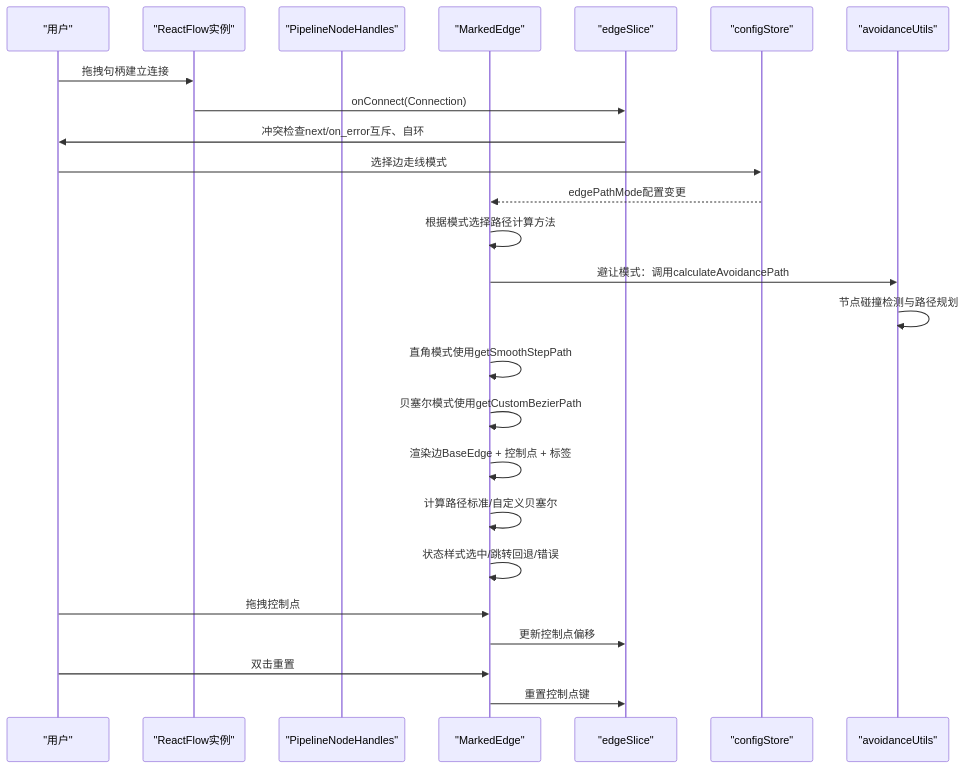
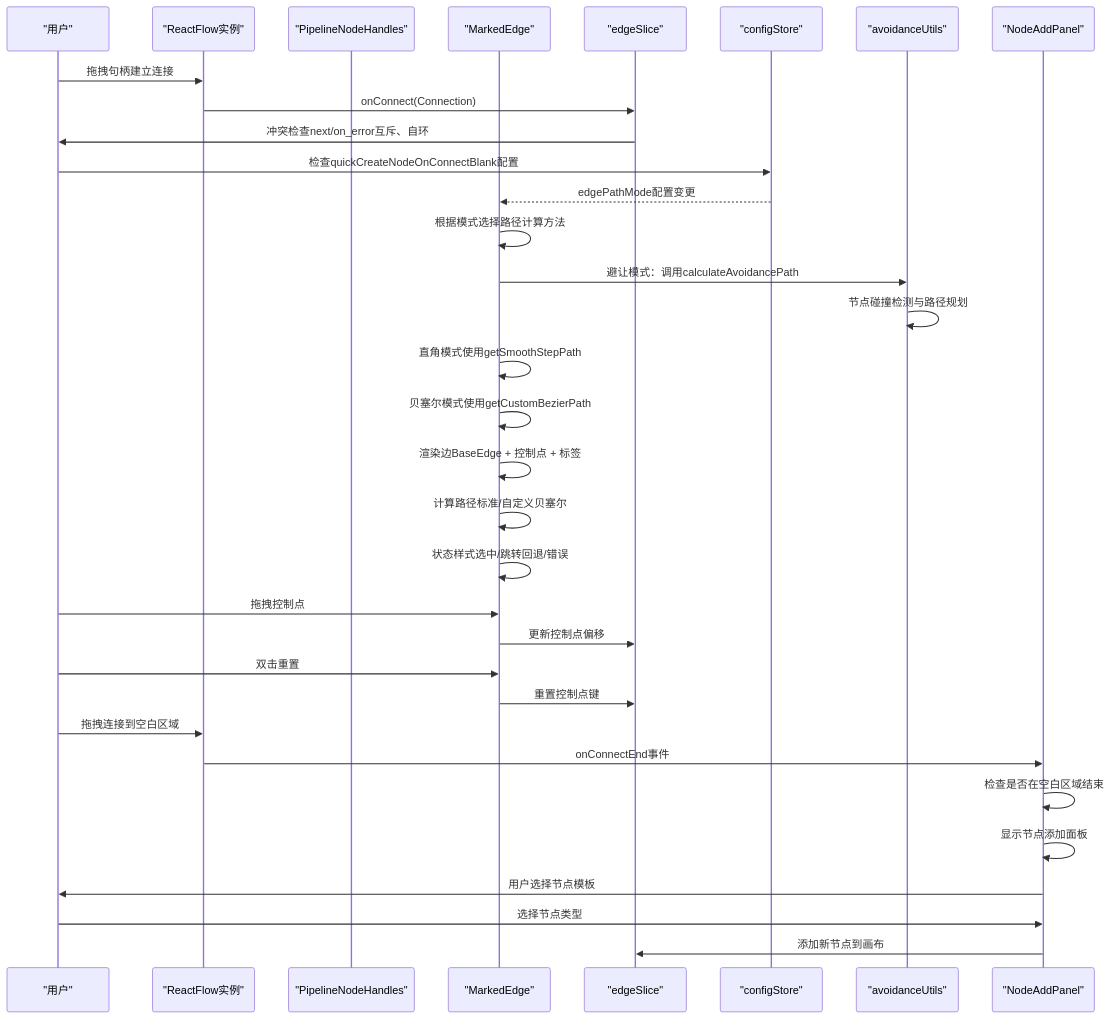
Before and after one commit to kqcoxn/MaaPipelineEditor: the second of 7 diagrams in .qoder/repowiki/zh/content/工作流编辑器/连接系统.md, drawn with Mermaid. The commit also changed other lines of this file and 17 other files, not shown here.

````diff
--- a/.qoder/repowiki/zh/content/工作流编辑器/连接系统.md
+++ b/.qoder/repowiki/zh/content/工作流编辑器/连接系统.md
@@ -148,27 +167,35 @@
 ```mermaid
 sequenceDiagram
 participant U as "用户"
 participant RF as "ReactFlow实例"
 participant H as "PipelineNodeHandles"
 participant E as "MarkedEdge"
 participant S as "edgeSlice"
 participant C as "configStore"
 participant A as "avoidanceUtils"
+participant NAP as "NodeAddPanel"
 U->>RF : 拖拽句柄建立连接
 RF->>S : onConnect(Connection)
 S->>U : 冲突检查next/on_error互斥、自环
-U->>C : 选择边走线模式
+U->>C : 检查quickCreateNodeOnConnectBlank配置
 C-->>E : edgePathMode配置变更
 E->>E : 根据模式选择路径计算方法
 E->>A : 避让模式：调用calculateAvoidancePath
 A->>A : 节点碰撞检测与路径规划
 E->>E : 直角模式使用getSmoothStepPath
 E->>E : 贝塞尔模式使用getCustomBezierPath
 E->>E : 渲染边BaseEdge + 控制点 + 标签
 E->>E : 计算路径标准/自定义贝塞尔
 E->>E : 状态样式选中/跳转回退/错误
 U->>E : 拖拽控制点
 E->>S : 更新控制点偏移
 U->>E : 双击重置
 E->>S : 重置控制点键
+U->>RF : 拖拽连接到空白区域
+RF->>NAP : onConnectEnd事件
+NAP->>NAP : 检查是否在空白区域结束
+NAP->>NAP : 显示节点添加面板
+NAP->>U : 用户选择节点模板
+U->>NAP : 选择节点类型
+NAP->>S : 添加新节点到画布
 ```
````
